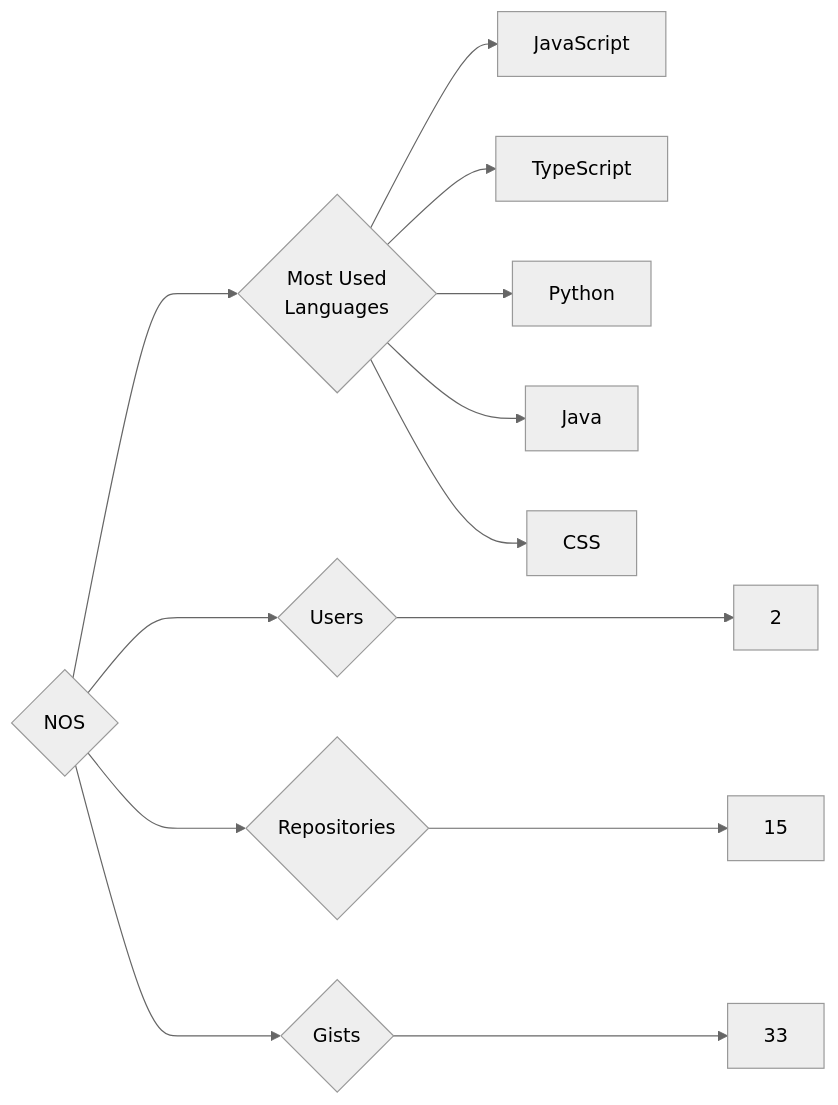
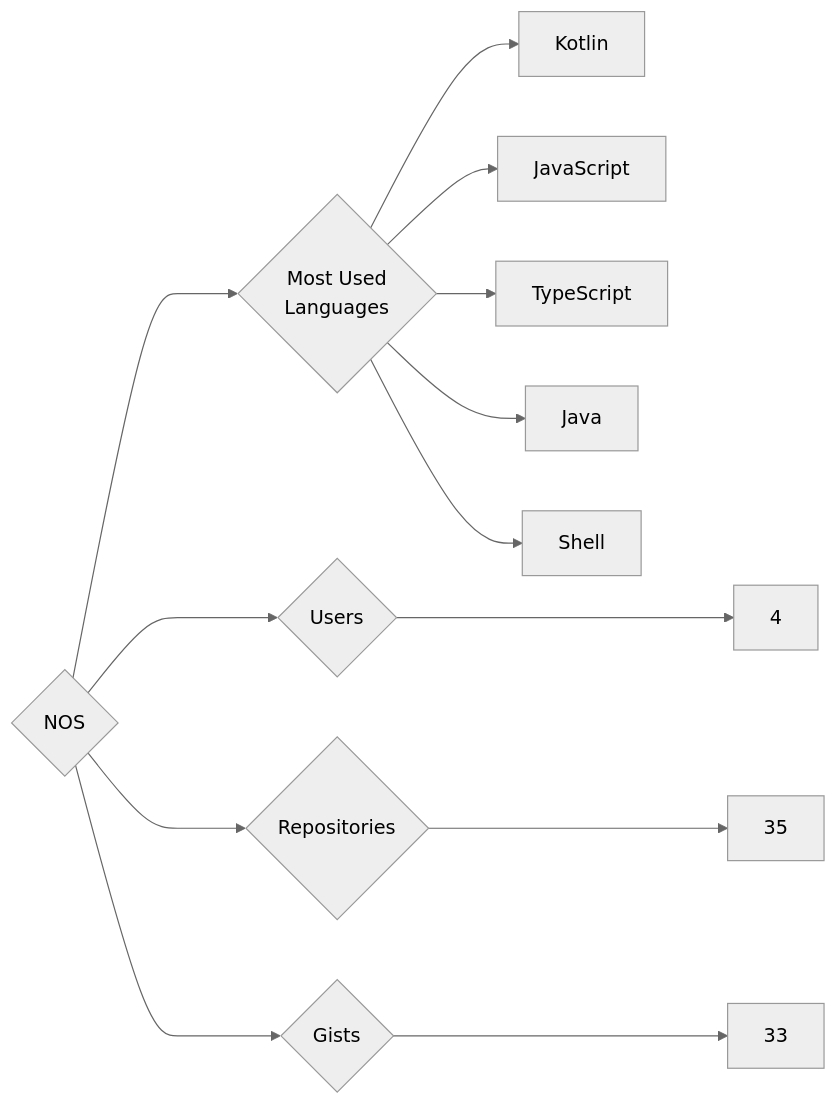
The diagram in targets/NOS/README.md (trickest/insiders), drawn with Mermaid (neutral theme) before and after one commit. The commit also changed 870 other files, not shown here.

````diff
--- a/targets/NOS/README.md
+++ b/targets/NOS/README.md
@@ -3,13 +3,13 @@
 ```mermaid
 graph LR
 COMPANY_NAME{NOS}
-COMPANY_NAME ---> U{Users} ---> UN[2]
-COMPANY_NAME ---> R{Repositories} ---> RN[15]
+COMPANY_NAME ---> U{Users} ---> UN[4]
+COMPANY_NAME ---> R{Repositories} ---> RN[35]
 COMPANY_NAME ---> G{Gists} ---> GN[33]
 COMPANY_NAME ---> ML{Most Used<br>Languages}
+ML --> Kotlin[Kotlin]
 ML --> JavaScript[JavaScript]
 ML --> TypeScript[TypeScript]
-ML --> Python[Python]
 ML --> Java[Java]
-ML --> CSS[CSS]
+ML --> Shell[Shell]
 ```
````
